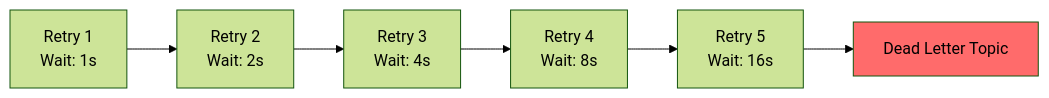
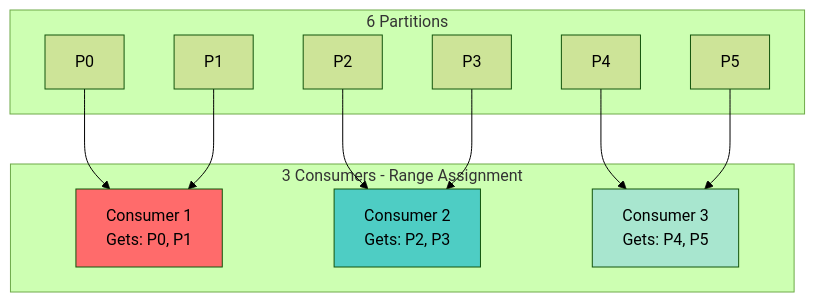
One commit to vorrawut/KafkaStarter changed the third of 7 diagrams in class/workshop/lesson_8/README.md. Above: the diagram before and after it, drawn with Mermaid (forest theme). The commit also changed other lines of this file and 204 other files, not shown here.

````diff
--- a/class/workshop/lesson_8/README.md
+++ b/class/workshop/lesson_8/README.md
@@ -110,10 +108,28 @@
 ```mermaid
-graph LR
-    R1[Retry 1<br/>Wait: 1s] --> R2[Retry 2<br/>Wait: 2s]
-    R2 --> R3[Retry 3<br/>Wait: 4s]
-    R3 --> R4[Retry 4<br/>Wait: 8s]
-    R4 --> R5[Retry 5<br/>Wait: 16s]
-    R5 --> DLT[Dead Letter Topic]
+graph TB
+    subgraph "6 Partitions"
+        P0[P0] 
+        P1[P1]
+        P2[P2]
+        P3[P3]
+        P4[P4]
+        P5[P5]
+    end
     
-    style DLT fill:#ff6b6b
+    subgraph "3 Consumers - Range Assignment"
+        C1[Consumer 1<br/>Gets: P0, P1]
+        C2[Consumer 2<br/>Gets: P2, P3]
+        C3[Consumer 3<br/>Gets: P4, P5]
+    end
+    
+    P0 --> C1
+    P1 --> C1
+    P2 --> C2
+    P3 --> C2
+    P4 --> C3
+    P5 --> C3
+    
+    style C1 fill:#ff6b6b
+    style C2 fill:#4ecdc4
+    style C3 fill:#a8e6cf
 ```
````
